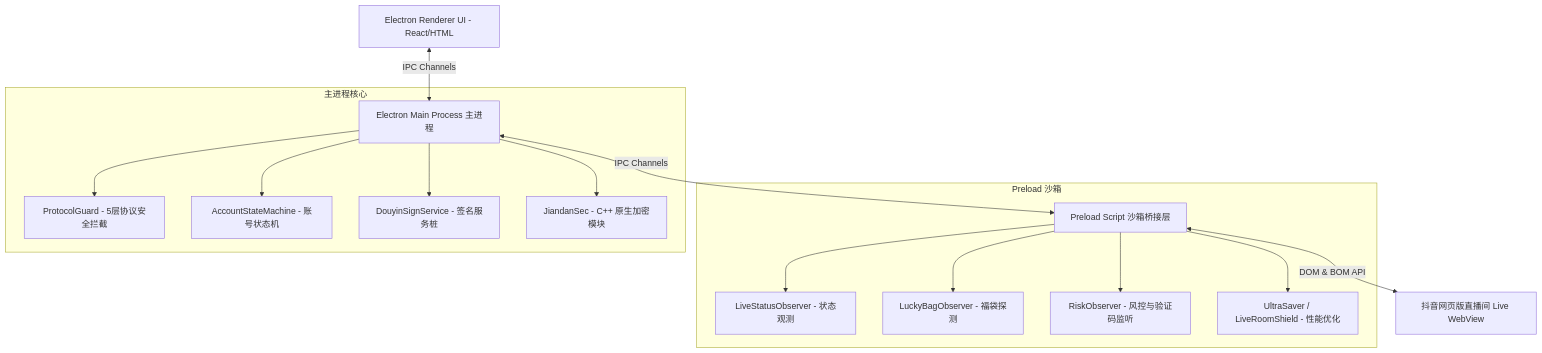
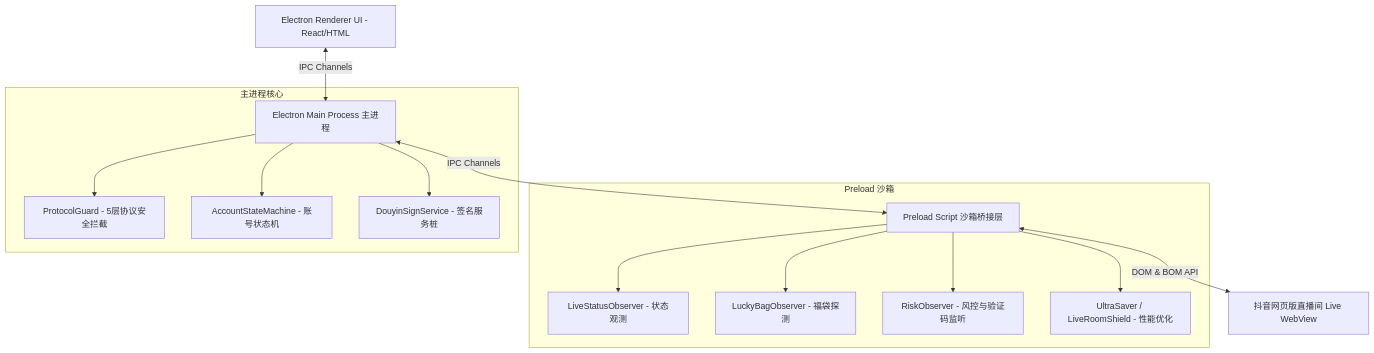
Before and after one commit to yyx248131667/douyin-messenger-opensource: the diagram in PROJECT_DETAILS.md, drawn with Mermaid. The commit also changed other lines of this file and 7 other files, not shown here.

````diff
--- a/PROJECT_DETAILS.md
+++ b/PROJECT_DETAILS.md
@@ -13,20 +13,19 @@
 ```mermaid
 graph TD
     A[Electron Renderer UI - React/HTML] <-->|IPC Channels| B[Electron Main Process 主进程]
     B <-->|IPC Channels| C[Preload Script 沙箱桥接层]
     C <-->|DOM & BOM API| D[抖音网页版直播间 Live WebView]
     
     subgraph Preload 沙箱
         C --> C1[LiveStatusObserver - 状态观测]
         C --> C2[LuckyBagObserver - 福袋探测]
         C --> C3[RiskObserver - 风控与验证码监听]
         C --> C4[UltraSaver / LiveRoomShield - 性能优化]
     end
 
     subgraph 主进程核心
         B --> B1[ProtocolGuard - 5层协议安全拦截]
         B --> B2[AccountStateMachine - 账号状态机]
         B --> B3[DouyinSignService - 签名服务桩]
-        B --> B4[JiandanSec - C++ 原生加密模块]
     end
 ```
````
